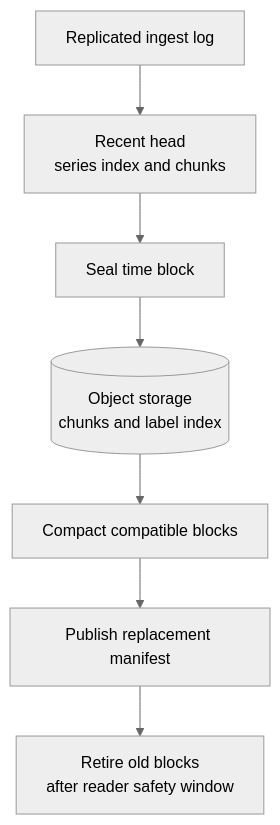
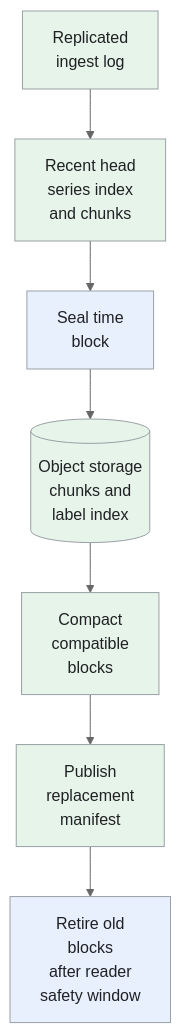
Before and after one commit to iliazlobin/iliazlobin.github.io: the fourth of 6 diagrams in _designs/system-design-metrics-monitoring.md, drawn with Mermaid (neutral theme). The commit also changed other lines of this file and 131 other files, not shown here.

````diff
--- a/_designs/system-design-metrics-monitoring.md
+++ b/_designs/system-design-metrics-monitoring.md
@@ -194,9 +263,14 @@
 ```mermaid
 flowchart TB
-    L["Replicated ingest log"] --> H["Recent head<br>series index and chunks"]
-    H --> S["Seal time block"]
-    S --> O[("Object storage<br>chunks and label index")]
-    O --> C["Compact compatible blocks"]
-    C --> M["Publish replacement manifest"]
-    M --> G["Retire old blocks<br>after reader safety window"]
+    L["Replicated<br>ingest log"] --> H["Recent head<br>series index<br>and chunks"]
+    H --> S["Seal time<br>block"]
+    S --> O[("Object storage<br>chunks and<br>label index")]
+    O --> C["Compact<br>compatible<br>blocks"]
+    C --> M["Publish<br>replacement<br>manifest"]
+    M --> G["Retire old<br>blocks<br>after reader<br>safety window"]
+  classDef request fill:#e8f0fe,stroke:#9aa0a6,color:#202124,stroke-width:1px
+  classDef background fill:#e6f4ea,stroke:#9aa0a6,color:#202124,stroke-width:1px
+  classDef control fill:#fef7e0,stroke:#9aa0a6,color:#202124,stroke-width:1px
+  class S,G request
+  class L,H,O,C,M background
 ```
````
